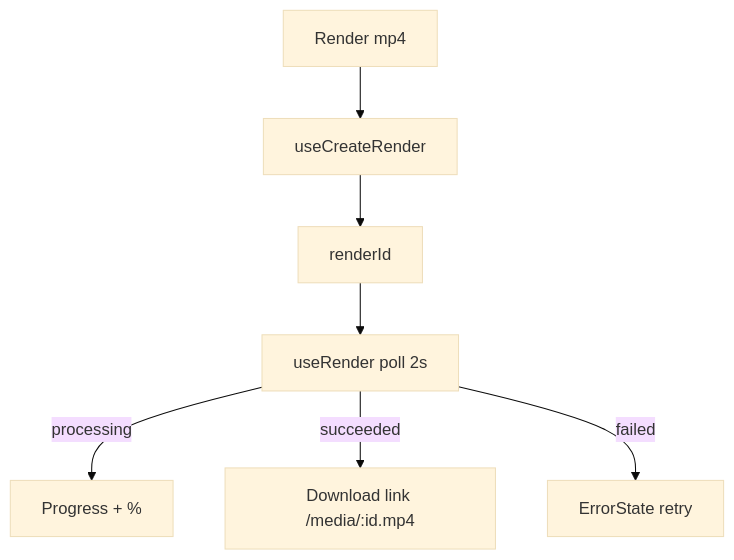
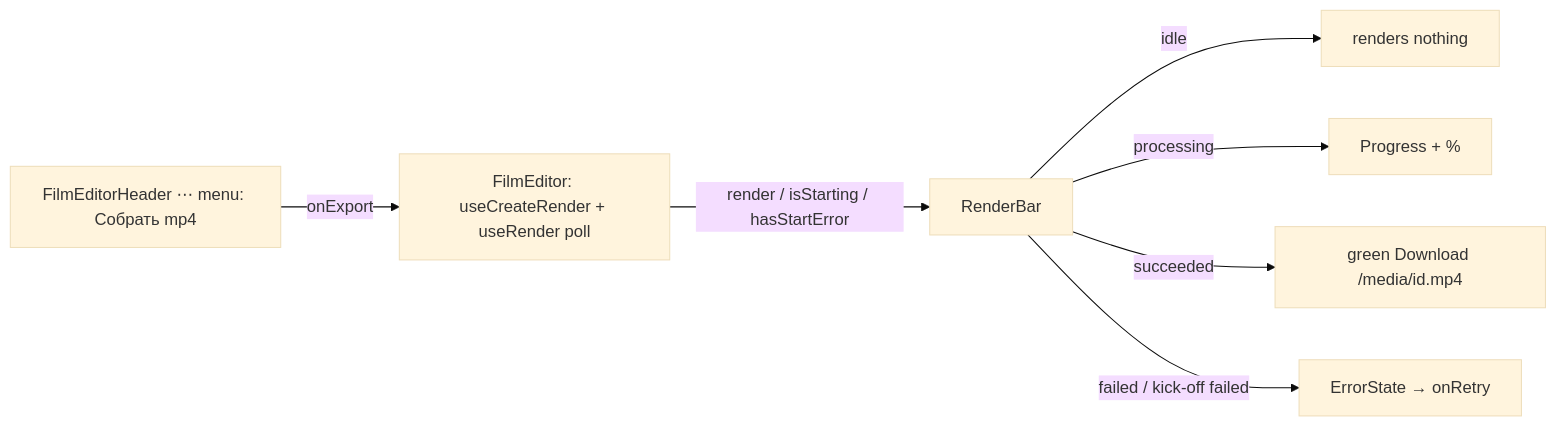
The diagram in apps/web/src/modules/Cinema/components/RenderBar.tsx.md (AzamatRaimbekov2/openCreate), drawn with Mermaid (base theme) before and after one commit. The commit also changed other lines of this file and 20 other files, not shown here.

````diff
--- a/apps/web/src/modules/Cinema/components/RenderBar.tsx.md
+++ b/apps/web/src/modules/Cinema/components/RenderBar.tsx.md
@@ -30,8 +37,9 @@
 ```mermaid
-flowchart TD
-  BTN[Render mp4] --> CR[useCreateRender] --> ID[renderId]
-  ID --> UR[useRender poll 2s]
-  UR -->|processing| PROG[Progress + %]
-  UR -->|succeeded| DL[Download link /media/:id.mp4]
-  UR -->|failed| ERR[ErrorState retry]
+flowchart LR
+  FE[FilmEditor: useCreateRender + useRender poll] -->|render / isStarting / hasStartError| RB[RenderBar]
+  MENU[FilmEditorHeader ⋯ menu: Собрать mp4] -->|onExport| FE
+  RB -->|idle| NULL[renders nothing]
+  RB -->|processing| P[Progress + %]
+  RB -->|succeeded| D[green Download /media/id.mp4]
+  RB -->|failed / kick-off failed| E[ErrorState → onRetry]
 ```
````
